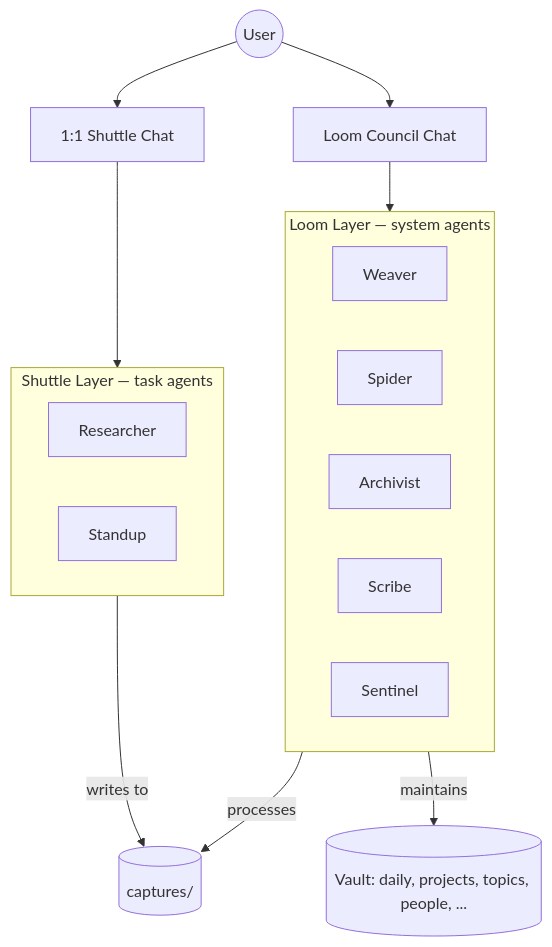
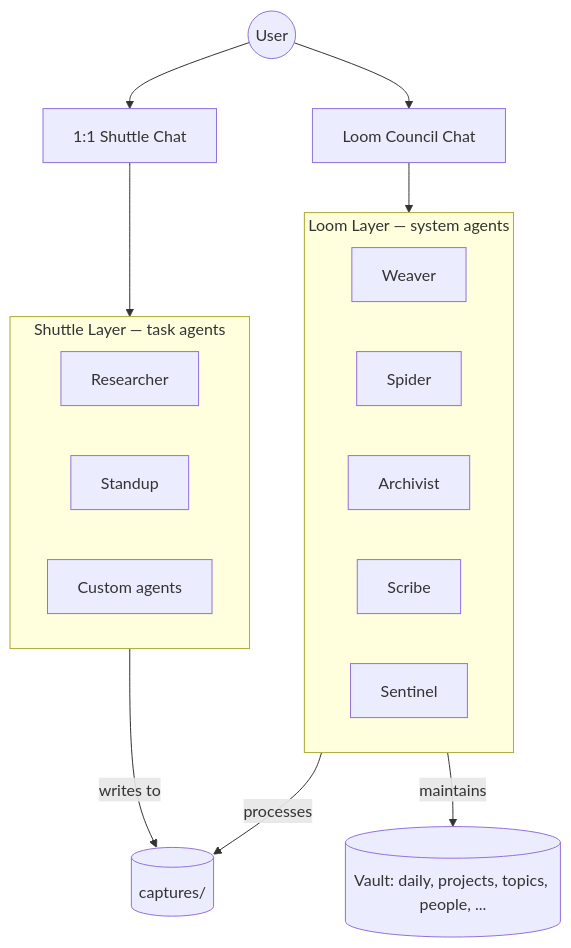
One commit to Mpawlowski5467/Loom changed the second of 7 diagrams in README.md. Above: the diagram before and after it, drawn with Mermaid. The commit also changed other lines of this file and 29 other files, not shown here.

````diff
--- a/README.md
+++ b/README.md
@@ -79,30 +82,31 @@
 ```mermaid
 flowchart TB
     User((User))
     Council[Loom Council Chat]
     Direct[1:1 Shuttle Chat]
 
     subgraph LoomLayer["Loom Layer — system agents"]
         Weaver
         Spider
         Archivist
         Scribe
         Sentinel
     end
 
     subgraph ShuttleLayer["Shuttle Layer — task agents"]
         Researcher
         Standup
+        Custom[Custom agents]
     end
 
     Captures[(captures/)]
     Vault[(Vault: daily, projects, topics, people, ...)]
 
     User --> Council
     User --> Direct
     Council --> LoomLayer
     Direct --> ShuttleLayer
     ShuttleLayer -- writes to --> Captures
     LoomLayer -- processes --> Captures
     LoomLayer -- maintains --> Vault
 ```
````
